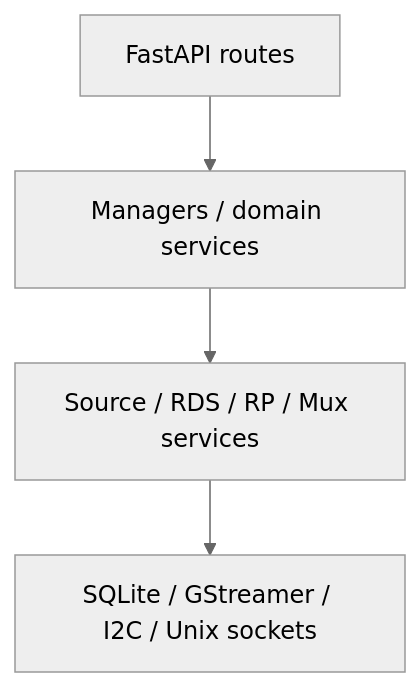
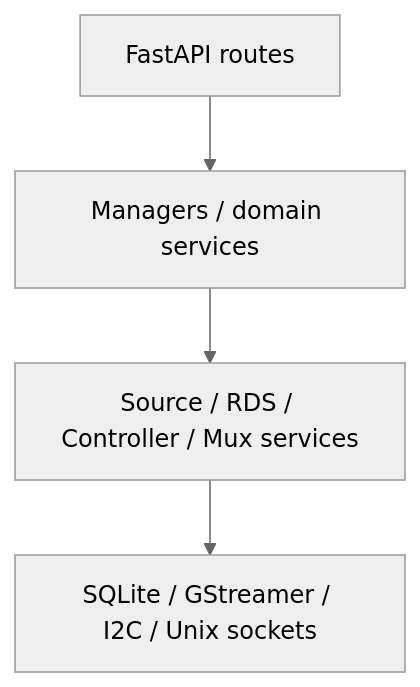
The fifth of 5 diagrams in docs/fmheadend-software-architecture.md (csalotzky/fmheadend), drawn with Mermaid (neutral theme) before and after one commit. The commit also changed other lines of this file and 20 other files, not shown here.

````diff
--- a/docs/fmheadend-software-architecture.md
+++ b/docs/fmheadend-software-architecture.md
@@ -1856,6 +1856,6 @@
 ```mermaid
 flowchart TD
     API[FastAPI routes] --> MAN[Managers / domain services]
-    MAN --> SRV[Source / RDS / RP / Mux services]
+    MAN --> SRV[Source / RDS / Controller / Mux services]
     SRV --> LOW[SQLite / GStreamer / I2C / Unix sockets]
 ```
````
